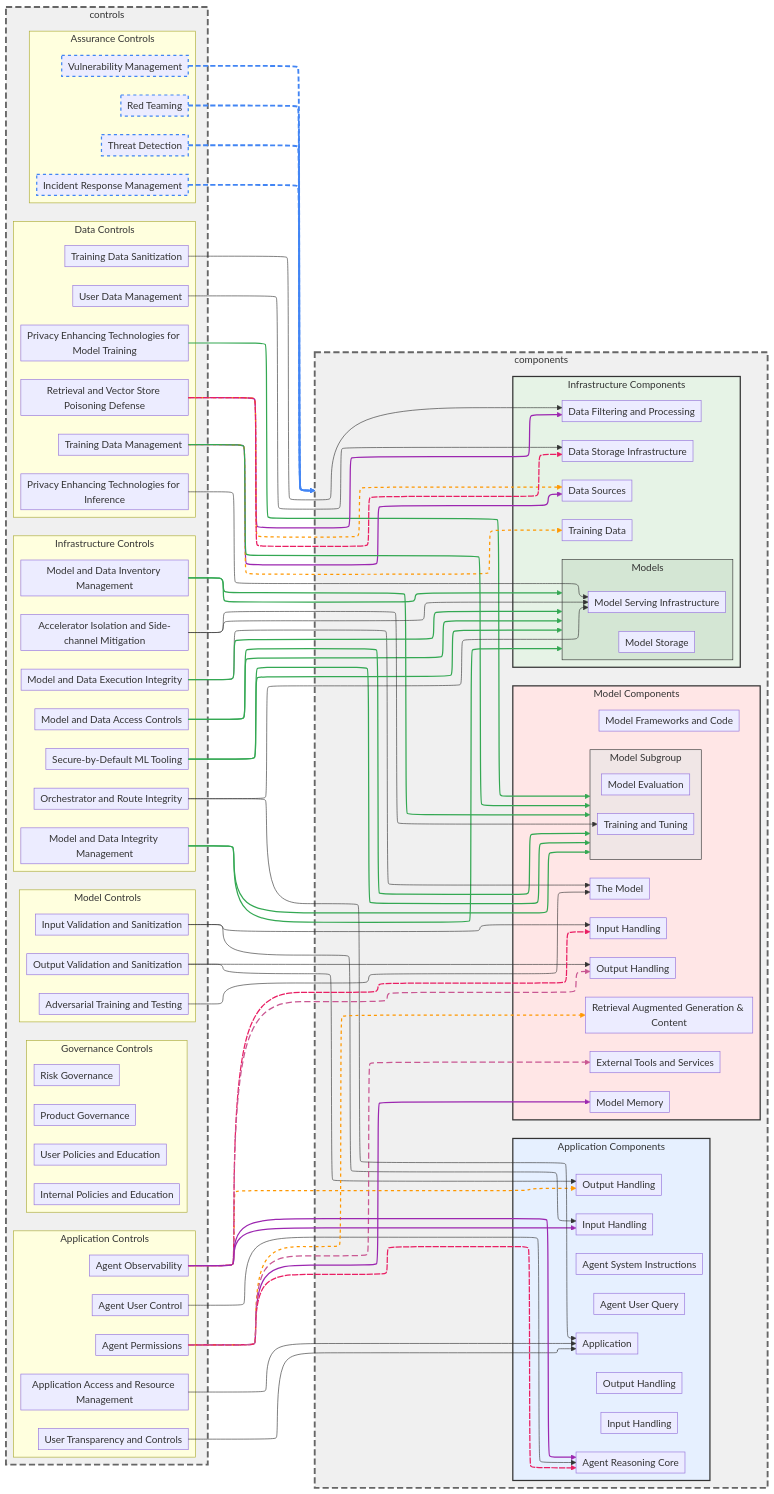
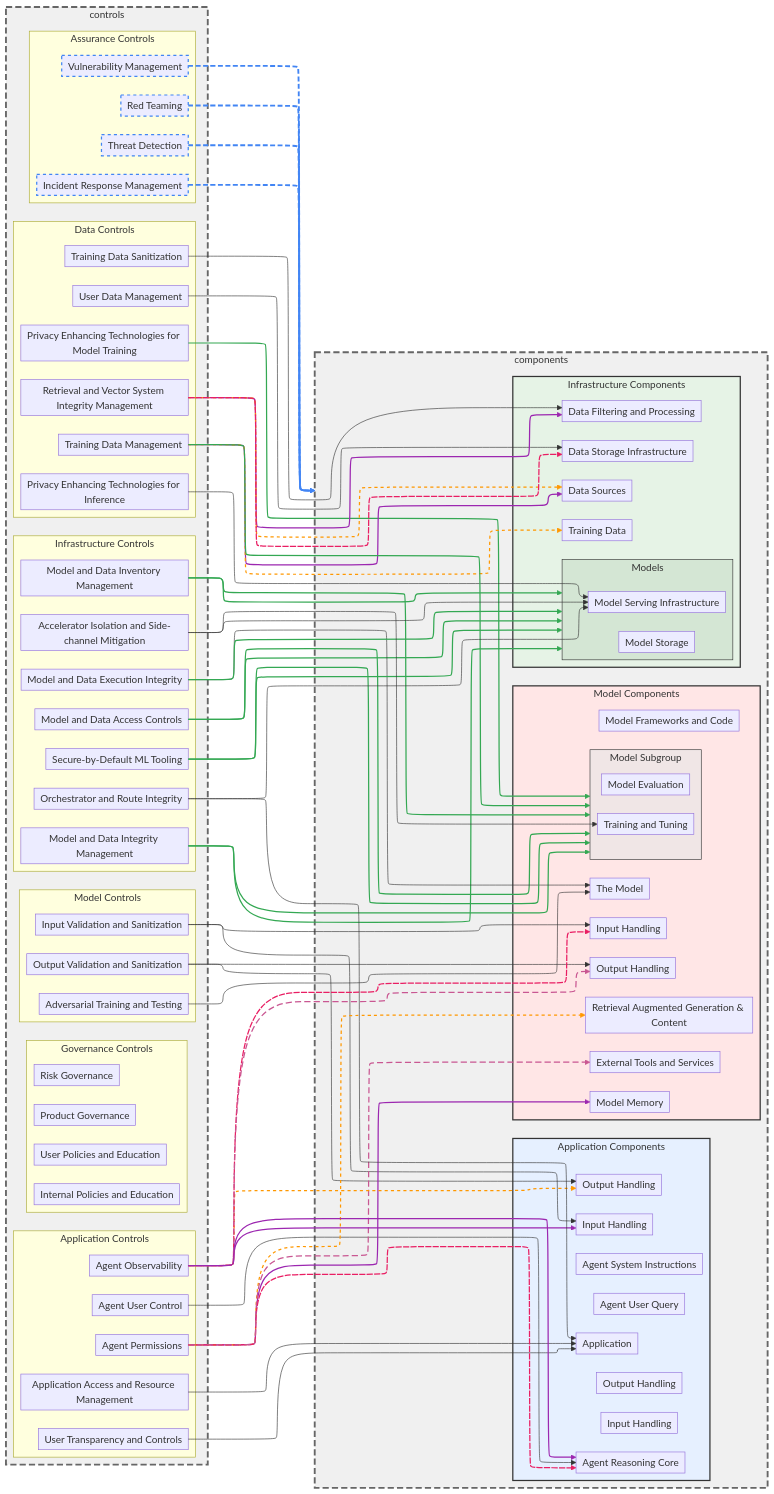
One commit to davidlabianca/secure-ai-tooling changed the diagram in risk-map/diagrams/controls-graph.md. Above: the diagram before and after it, drawn with Mermaid. The commit also changed 13 other files, not shown here.

First line of the commit message:
Add control: Retrieval and Vector Store Poisoning Defense

```diff
--- a/risk-map/diagrams/controls-graph.md
+++ b/risk-map/diagrams/controls-graph.md
@@ -15,7 +15,7 @@
     subgraph controls
     subgraph controlsData ["Data Controls"]
         controlModelPrivacyEnhancingTechnologies[Privacy Enhancing Technologies for Model Training]
-        controlRetrievalAndVectorStorePoisoningDefense[Retrieval and Vector Store Poisoning Defense]
+        controlRetrievalAndVectorSystemIntegrity[Retrieval and Vector System Integrity Management]
         controlRuntimePrivacyEnhancingTechnologies[Privacy Enhancing Technologies for Inference]
         controlTrainingDataManagement[Training Data Management]
         controlTrainingDataSanitization[Training Data Sanitization]
@@ -143,9 +143,9 @@
     controlAgentObservability --> componentReasoningCore
     controlAcceleratorIsolationAndSideChannelMitigation --> componentModelServing
     controlAcceleratorIsolationAndSideChannelMitigation --> componentModelTrainingTuning
-    controlRetrievalAndVectorStorePoisoningDefense --> componentDataFilteringAndProcessing
-    controlRetrievalAndVectorStorePoisoningDefense --> componentDataSources
-    controlRetrievalAndVectorStorePoisoningDefense --> componentDataStorage
+    controlRetrievalAndVectorSystemIntegrity --> componentDataFilteringAndProcessing
+    controlRetrievalAndVectorSystemIntegrity --> componentDataSources
+    controlRetrievalAndVectorSystemIntegrity --> componentDataStorage
     controlOrchestratorAndRouteIntegrity --> componentApplication
     controlOrchestratorAndRouteIntegrity --> componentModelServing
 
```
